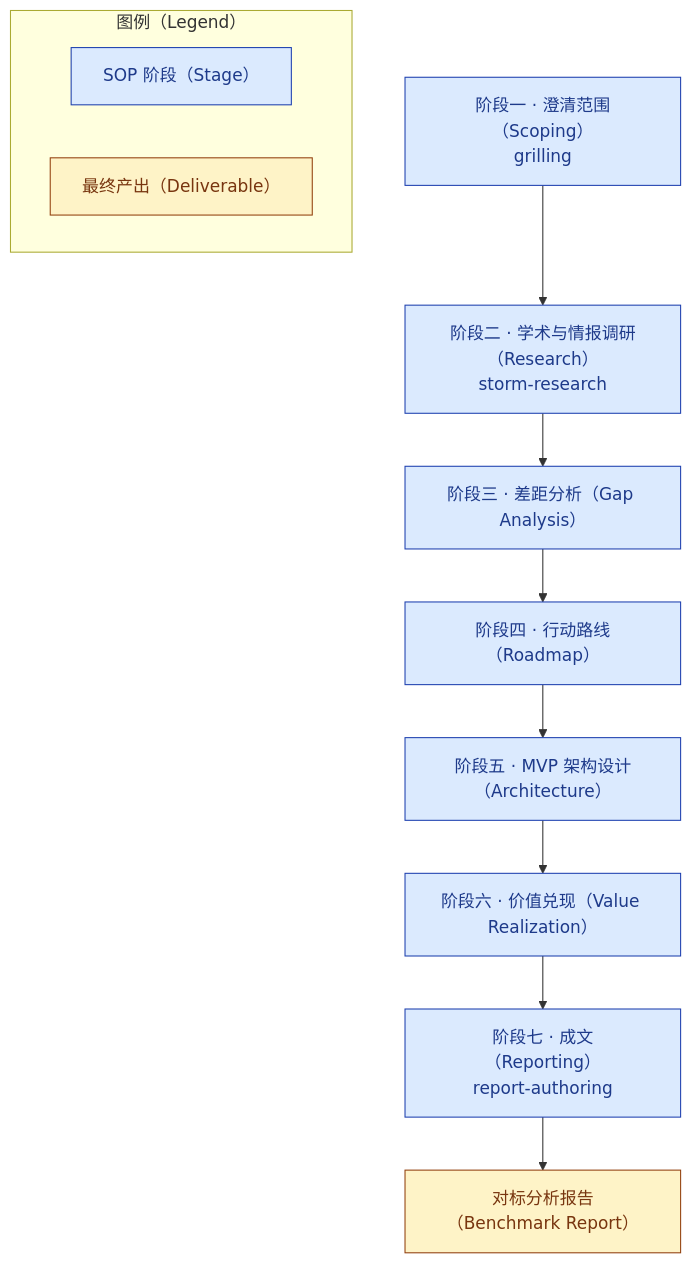
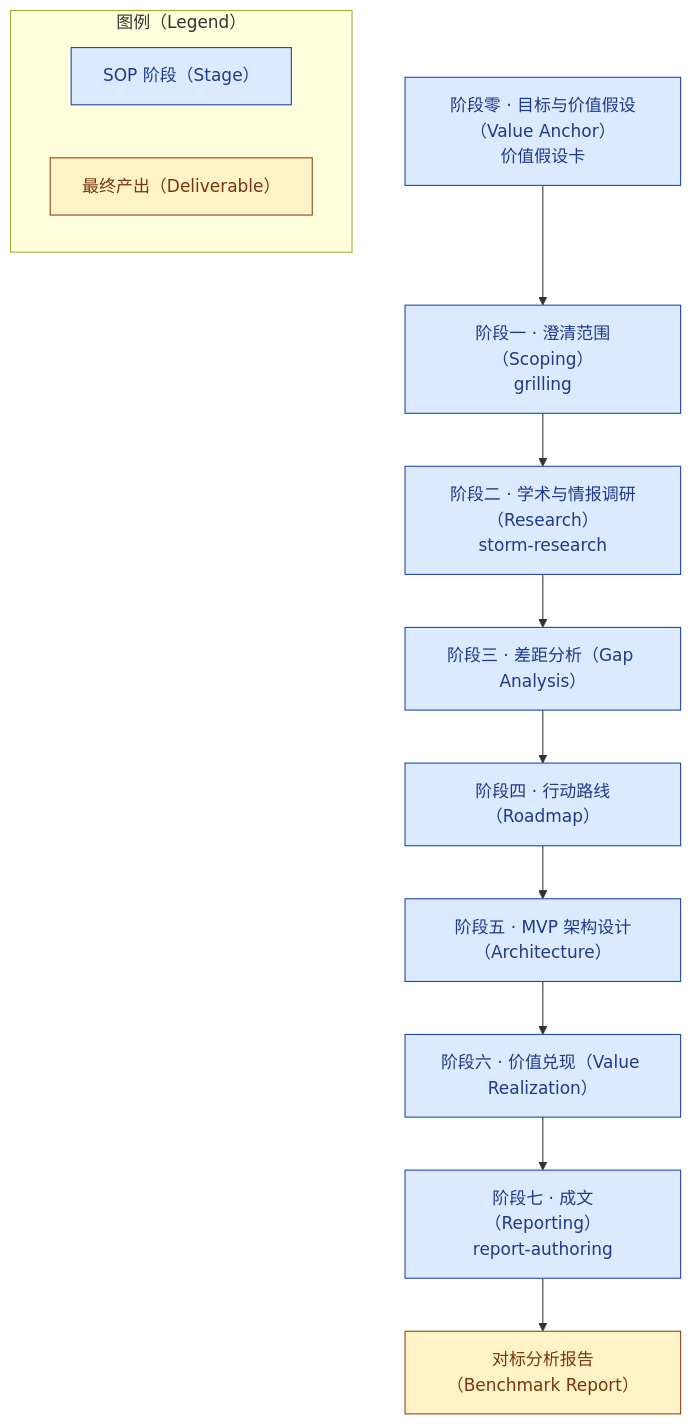
Before and after one commit to turtacn/storm: the diagram in docs/harness-sop/README.md, drawn with Mermaid. The commit also changed other lines of this file and 4 other files, not shown here.

````diff
--- a/docs/harness-sop/README.md
+++ b/docs/harness-sop/README.md
@@ -29,19 +33,20 @@
 ```mermaid
 flowchart TD
     %% 图例置顶，技术场景专业配色
     subgraph LG[图例（Legend）]
         LS[SOP 阶段（Stage）]:::stageCls
         LO[最终产出（Deliverable）]:::outCls
     end
 
-    P1[阶段一 · 澄清范围（Scoping）<br>grilling]:::stageCls --> P2[阶段二 · 学术与情报调研（Research）<br>storm-research]:::stageCls
+    P0[阶段零 · 目标与价值假设（Value Anchor）<br>价值假设卡]:::stageCls --> P1[阶段一 · 澄清范围（Scoping）<br>grilling]:::stageCls
+    P1 --> P2[阶段二 · 学术与情报调研（Research）<br>storm-research]:::stageCls
     P2 --> P3[阶段三 · 差距分析（Gap Analysis）]:::stageCls
     P3 --> P4[阶段四 · 行动路线（Roadmap）]:::stageCls
     P4 --> P5[阶段五 · MVP 架构设计（Architecture）]:::stageCls
     P5 --> P6[阶段六 · 价值兑现（Value Realization）]:::stageCls
     P6 --> P7[阶段七 · 成文（Reporting）<br>report-authoring]:::stageCls
     P7 --> OUT[对标分析报告（Benchmark Report）]:::outCls
 
     classDef stageCls fill:#dbeafe,stroke:#1e40af,color:#1e3a8a;
     classDef outCls fill:#fef3c7,stroke:#92400e,color:#78350f;
 ```
````
